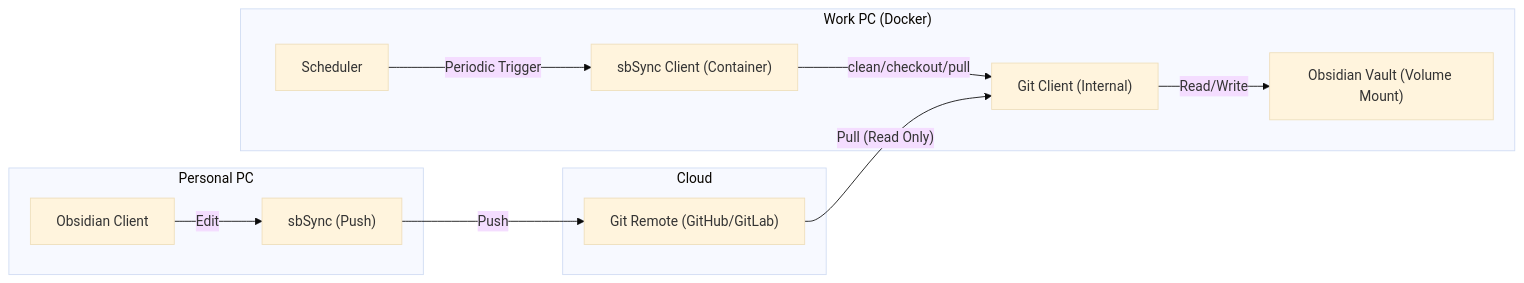
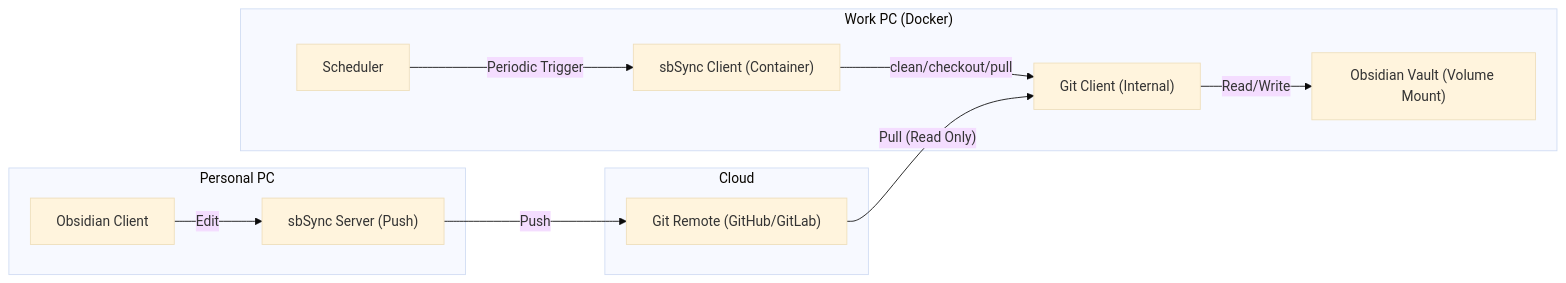
One commit to sbbae0318/sbsync changed the diagram in client/md/architecture.md. Above: the diagram before and after it, drawn with Mermaid (base theme). The commit also changed other lines of this file and 5 other files, not shown here.

````diff
--- a/client/md/architecture.md
+++ b/client/md/architecture.md
@@ -8,26 +10,26 @@
 ```mermaid
 graph LR
     subgraph Work PC ["Work PC (Docker)"]
         Vault["Obsidian Vault (Volume Mount)"]
         Client["sbSync Client (Container)"]
         Git["Git Client (Internal)"]
         Scheduler["Scheduler"]
 
         Scheduler -- "Periodic Trigger" --> Client
         Client -- "clean/checkout/pull" --> Git
         Git -- "Read/Write" --> Vault
     end
 
     subgraph Cloud
         GitRemote["Git Remote (GitHub/GitLab)"]
     end
 
     subgraph Personal PC
         PersonalClient["Obsidian Client"]
-        sbSync["sbSync (Push)"]
+        sbSyncServer["sbSync Server (Push)"]
     end
 
     GitRemote -- "Pull (Read Only)" --> Git
-    sbSync -- "Push" --> GitRemote
-    PersonalClient -- "Edit" --> sbSync
+    sbSyncServer -- "Push" --> GitRemote
+    PersonalClient -- "Edit" --> sbSyncServer
 ```
````
